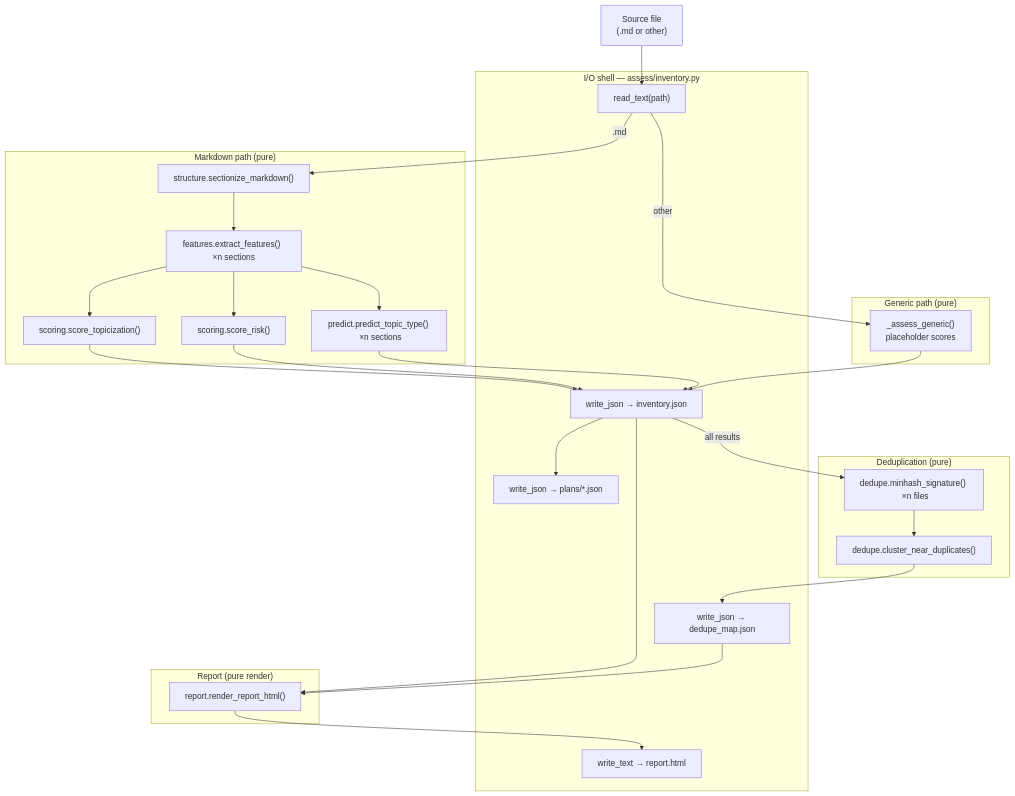
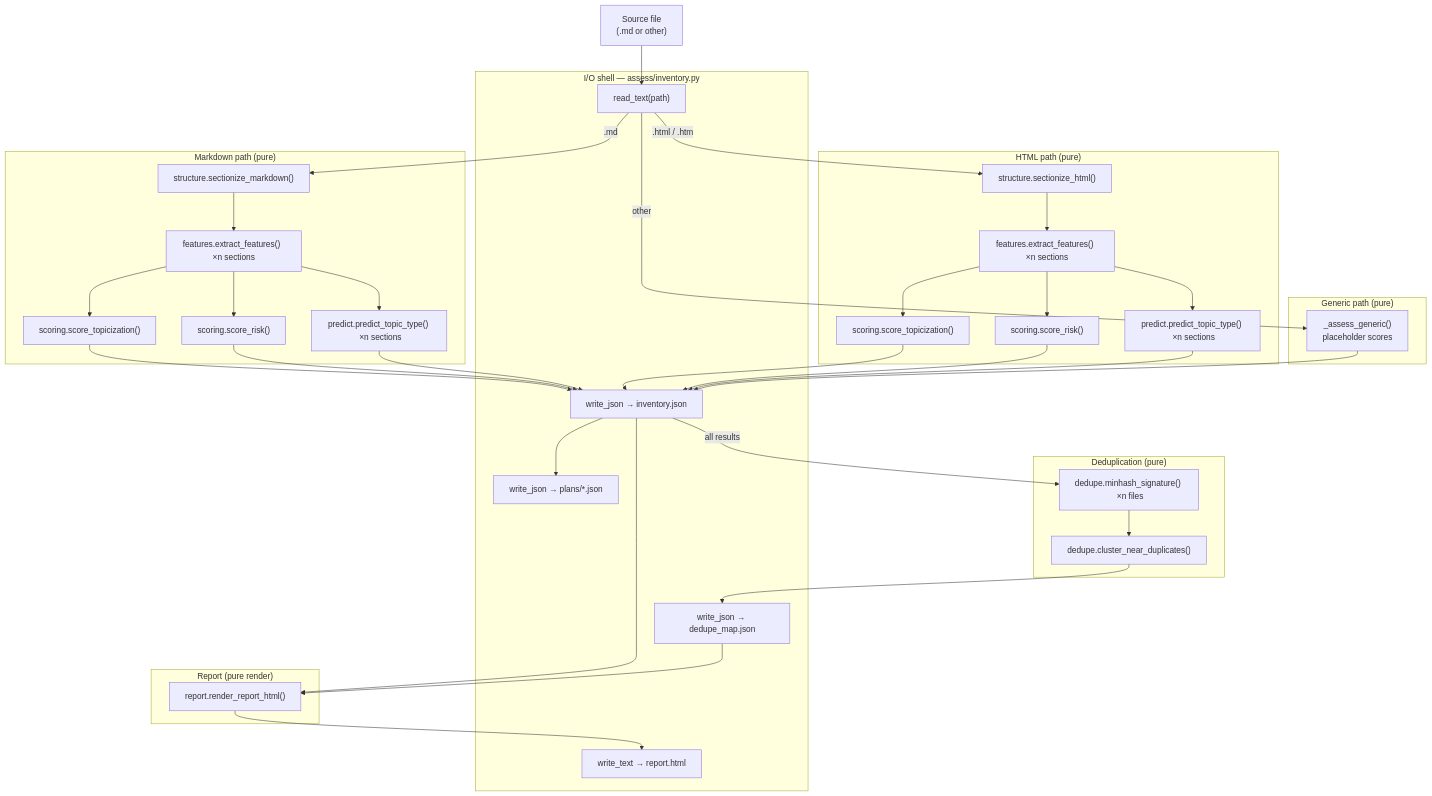
One commit to mattbriggs/ETL-POC changed the sixth of 11 diagrams in DESIGN.md. Above: the diagram before and after it, drawn with Mermaid. The commit also changed other lines of this file and 7 other files, not shown here.

````diff
--- a/DESIGN.md
+++ b/DESIGN.md
@@ -278,45 +279,56 @@
 ```mermaid
 flowchart TD
     IN["Source file\n(.md or other)"]
 
     subgraph IO["I/O shell — assess/inventory.py"]
         READ["read_text(path)"]
         WJ1["write_json → inventory.json"]
         WJ2["write_json → dedupe_map.json"]
         WH["write_text → report.html"]
         WP["write_json → plans/*.json"]
     end
 
     subgraph MD["Markdown path (pure)"]
         SEC["structure.sectionize_markdown()"]
         FEA["features.extract_features()  ×n sections"]
         SCT["scoring.score_topicization()"]
         SCR["scoring.score_risk()"]
         PRD["predict.predict_topic_type()  ×n sections"]
     end
 
+    subgraph HTML["HTML path (pure)"]
+        HSEC["structure.sectionize_html()"]
+        HFEA["features.extract_features()  ×n sections"]
+        HSCT["scoring.score_topicization()"]
+        HSCR["scoring.score_risk()"]
+        HPRD["predict.predict_topic_type()  ×n sections"]
+    end
+
     subgraph GEN["Generic path (pure)"]
         G["_assess_generic()\nplaceholder scores"]
     end
 
     subgraph DUP["Deduplication (pure)"]
         MH["dedupe.minhash_signature()  ×n files"]
         CL["dedupe.cluster_near_duplicates()"]
     end
 
     subgraph RPT["Report (pure render)"]
         RH["report.render_report_html()"]
     end
 
     IN --> READ
     READ -->|".md"| SEC
+    READ -->|".html / .htm"| HSEC
     READ -->|"other"| G
 
     SEC --> FEA --> SCT & SCR & PRD
+    HSEC --> HFEA --> HSCT & HSCR & HPRD
     SCT & SCR & PRD --> WJ1
+    HSCT & HSCR & HPRD --> WJ1
     G --> WJ1
 
     WJ1 -->|"all results"| MH --> CL --> WJ2
     WJ1 & WJ2 --> RH --> WH
     WJ1 --> WP
 ```
````
